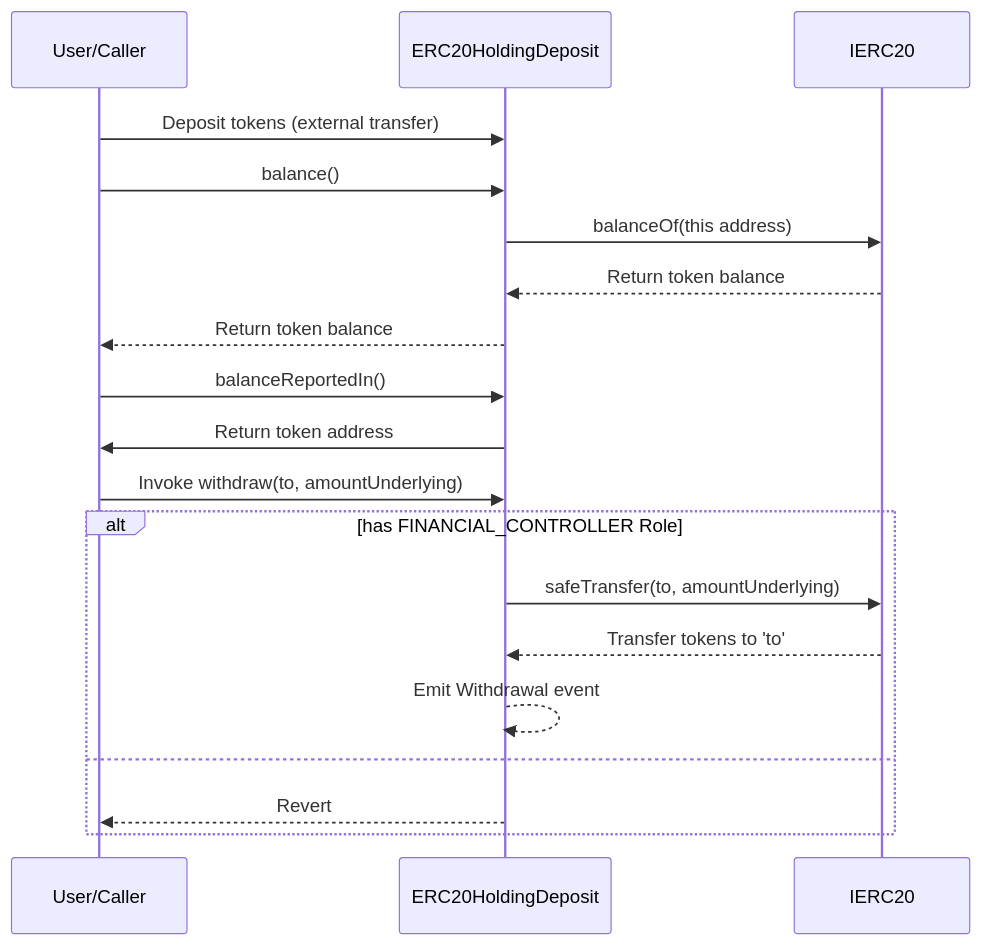
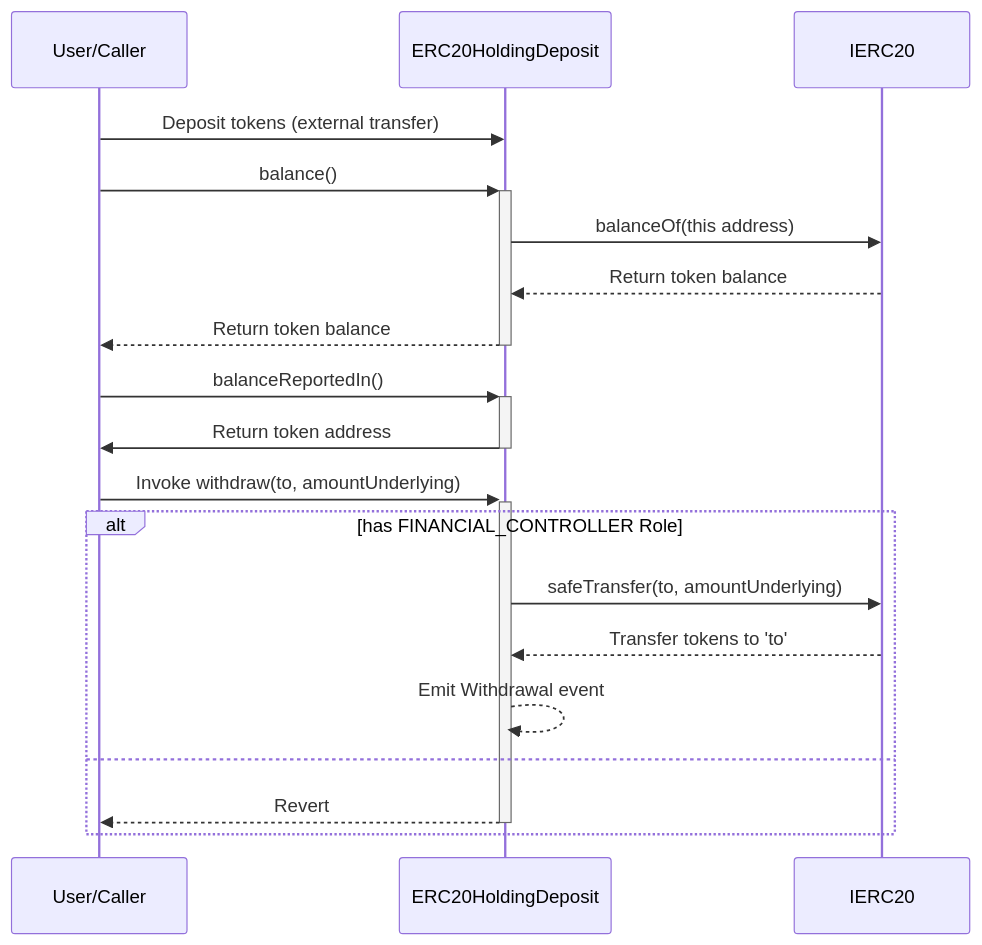
Before and after one commit to ZTX-Foundation/tuxedo: the second of 2 diagrams in doc/contracts/finance/ERC20HoldingDeposit.md, drawn with Mermaid. The commit also changed 12 other files, not shown here.

Commit message:
feat: updated sequence diagrams

````diff
--- a/doc/contracts/finance/ERC20HoldingDeposit.md
+++ b/doc/contracts/finance/ERC20HoldingDeposit.md
@@ -20,24 +20,25 @@
 ```mermaid
 sequenceDiagram
     participant User as User/Caller
     participant ERC20HoldingDeposit
     participant IERC20
 
     User->>ERC20HoldingDeposit: Deposit tokens (external transfer)
-    User->>ERC20HoldingDeposit: balance()
+
+    User->>+ERC20HoldingDeposit: balance()
     ERC20HoldingDeposit->>IERC20: balanceOf(this address)
     IERC20-->>ERC20HoldingDeposit: Return token balance
-    ERC20HoldingDeposit-->>User: Return token balance
+    ERC20HoldingDeposit-->>-User: Return token balance
     
-    User->>ERC20HoldingDeposit: balanceReportedIn()
-    ERC20HoldingDeposit->>User: Return token address
+    User->>+ERC20HoldingDeposit: balanceReportedIn()
+    ERC20HoldingDeposit->>-User: Return token address
 
-    User->>ERC20HoldingDeposit: Invoke withdraw(to, amountUnderlying)
+    User->>+ERC20HoldingDeposit: Invoke withdraw(to, amountUnderlying)
     alt has FINANCIAL_CONTROLLER Role
         ERC20HoldingDeposit->>IERC20: safeTransfer(to, amountUnderlying)
         IERC20-->>ERC20HoldingDeposit: Transfer tokens to 'to'
         ERC20HoldingDeposit-->>ERC20HoldingDeposit: Emit Withdrawal event
     else
-        ERC20HoldingDeposit-->>User: Revert
+        ERC20HoldingDeposit-->>-User: Revert
     end 
 ```
````
